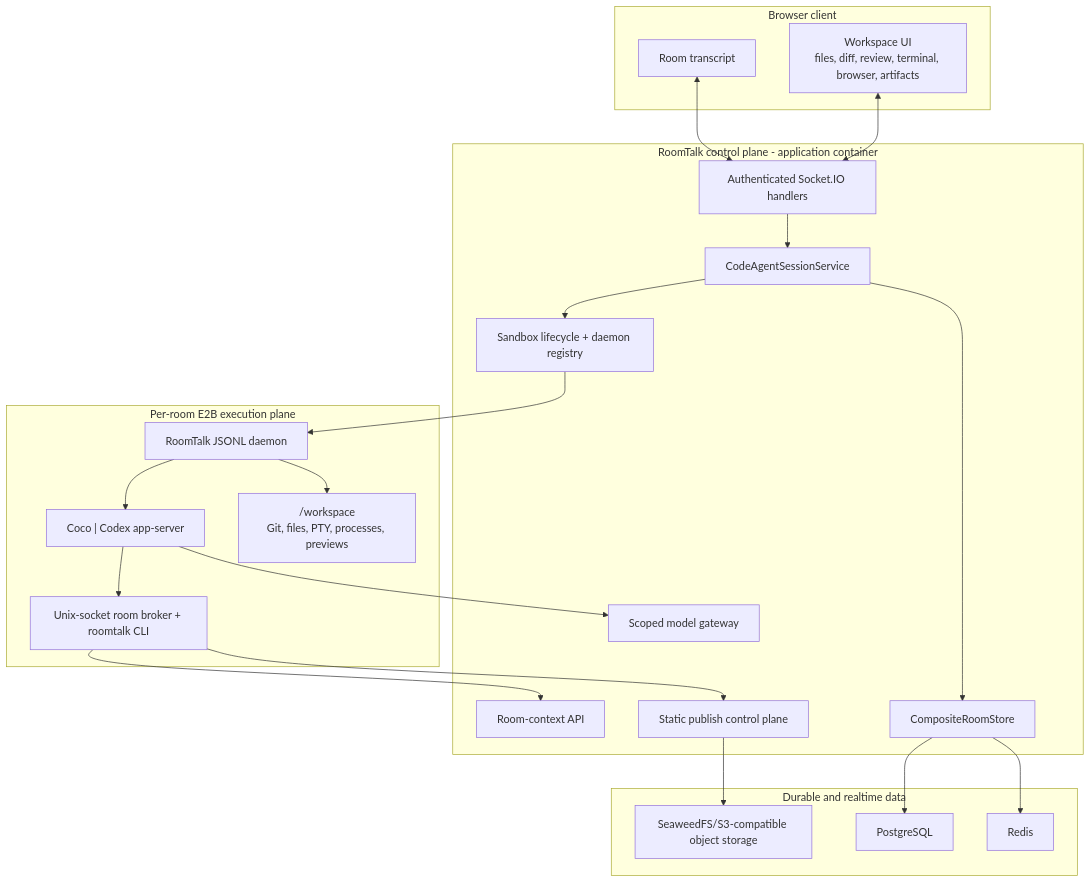
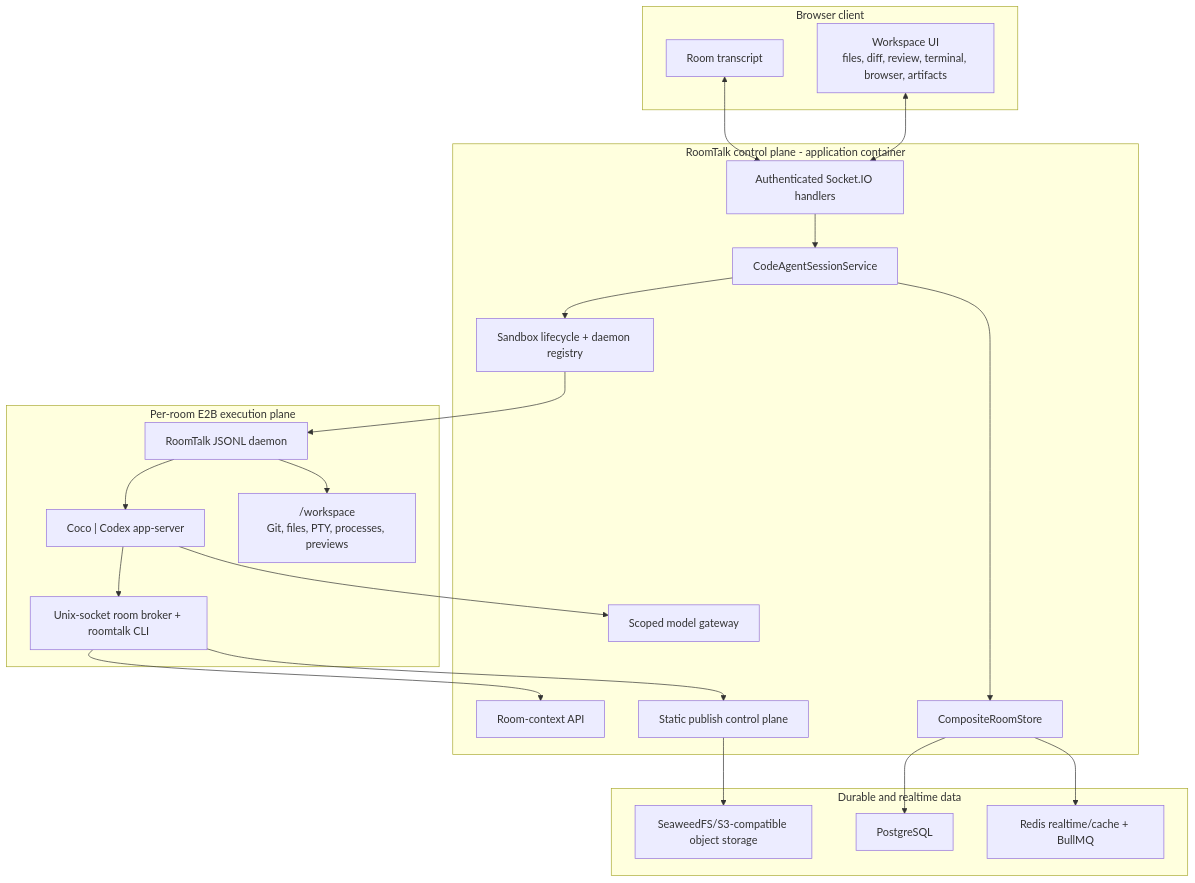
One commit to Skymore/roomtalk changed the first of 2 diagrams in docs/code-agent-runtime-architecture.md. Above: the diagram before and after it, drawn with Mermaid. The commit also changed other lines of this file and 37 other files, not shown here.

````diff
--- a/docs/code-agent-runtime-architecture.md
+++ b/docs/code-agent-runtime-architecture.md
@@ -30,46 +30,46 @@
 ```mermaid
 flowchart TB
   subgraph Browser["Browser client"]
     Chat["Room transcript"]
     WorkspaceUI["Workspace UI\nfiles, diff, review, terminal, browser, artifacts"]
   end
 
   subgraph Control["RoomTalk control plane - application container"]
     Socket["Authenticated Socket.IO handlers"]
     Sessions["CodeAgentSessionService"]
     Lifecycle["Sandbox lifecycle + daemon registry"]
     ContextAPI["Room-context API"]
     Gateway["Scoped model gateway"]
     Publish["Static publish control plane"]
     Store["CompositeRoomStore"]
   end
 
   subgraph Data["Durable and realtime data"]
     Postgres["PostgreSQL"]
-    Redis["Redis"]
+    Redis["Redis realtime/cache + BullMQ"]
     Objects["SeaweedFS/S3-compatible object storage"]
   end
 
   subgraph Sandbox["Per-room E2B execution plane"]
     Daemon["RoomTalk JSONL daemon"]
     Backends["Coco | Codex app-server"]
     Broker["Unix-socket room broker + roomtalk CLI"]
     Workdir["/workspace\nGit, files, PTY, processes, previews"]
   end
 
   Chat <--> Socket
   WorkspaceUI <--> Socket
   Socket --> Sessions
   Sessions --> Lifecycle
   Lifecycle --> Daemon
   Daemon --> Backends
   Daemon --> Workdir
   Backends --> Broker
   Broker --> ContextAPI
   Backends --> Gateway
   Broker --> Publish
   Sessions --> Store
   Store --> Postgres
   Store --> Redis
   Publish --> Objects
 ```
````
